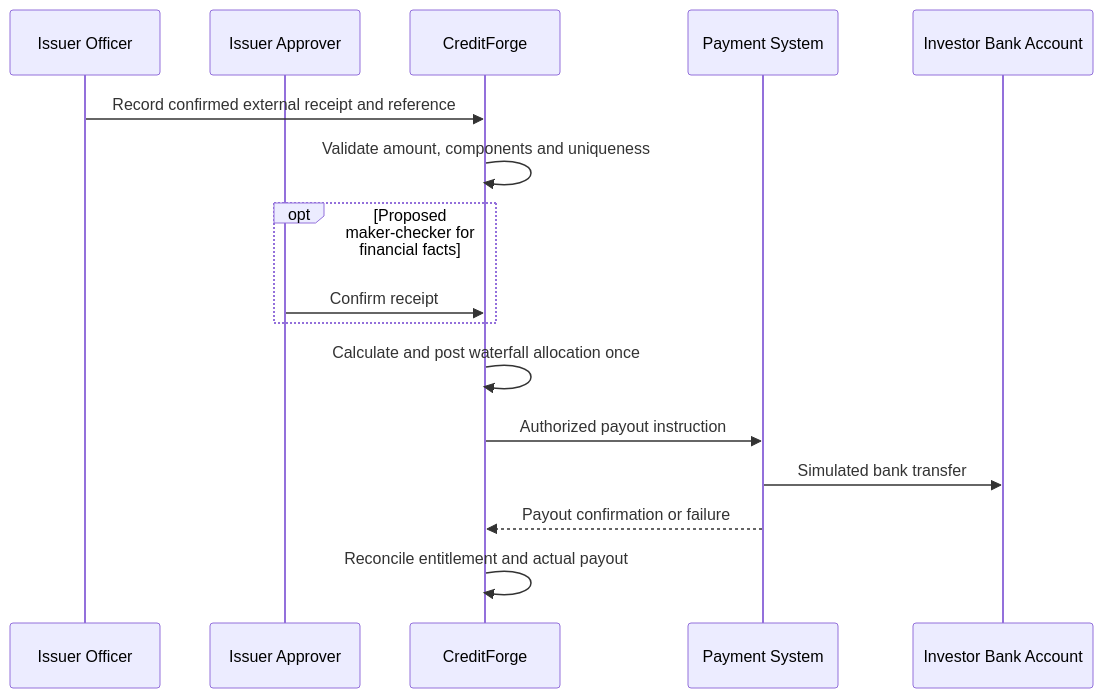
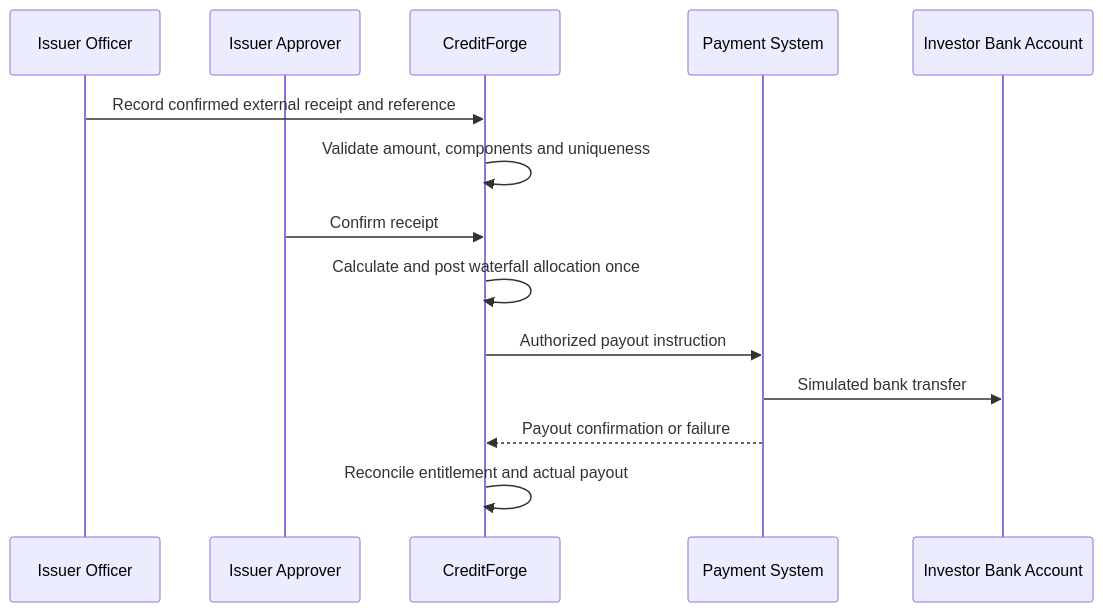
One commit to PotTy000/CREDIT-FORGE changed the sixth of 6 diagrams in docs/BRD.md. Above: the diagram before and after it, drawn with Mermaid. The commit also changed other lines of this file, not shown here.

````diff
--- a/docs/BRD.md
+++ b/docs/BRD.md
@@ -401,18 +401,16 @@
 ```mermaid
 sequenceDiagram
  participant B as Issuer Officer
  participant A as Issuer Approver
  participant C as CreditForge
  participant P as Payment System
  participant U as Investor Bank Account
  B->>C: Record confirmed external receipt and reference
  C->>C: Validate amount, components and uniqueness
- opt Proposed maker-checker for financial facts
  A->>C: Confirm receipt
- end
  C->>C: Calculate and post waterfall allocation once
  C->>P: Authorized payout instruction
  P->>U: Simulated bank transfer
  P-->>C: Payout confirmation or failure
  C->>C: Reconcile entitlement and actual payout
 ```
````
